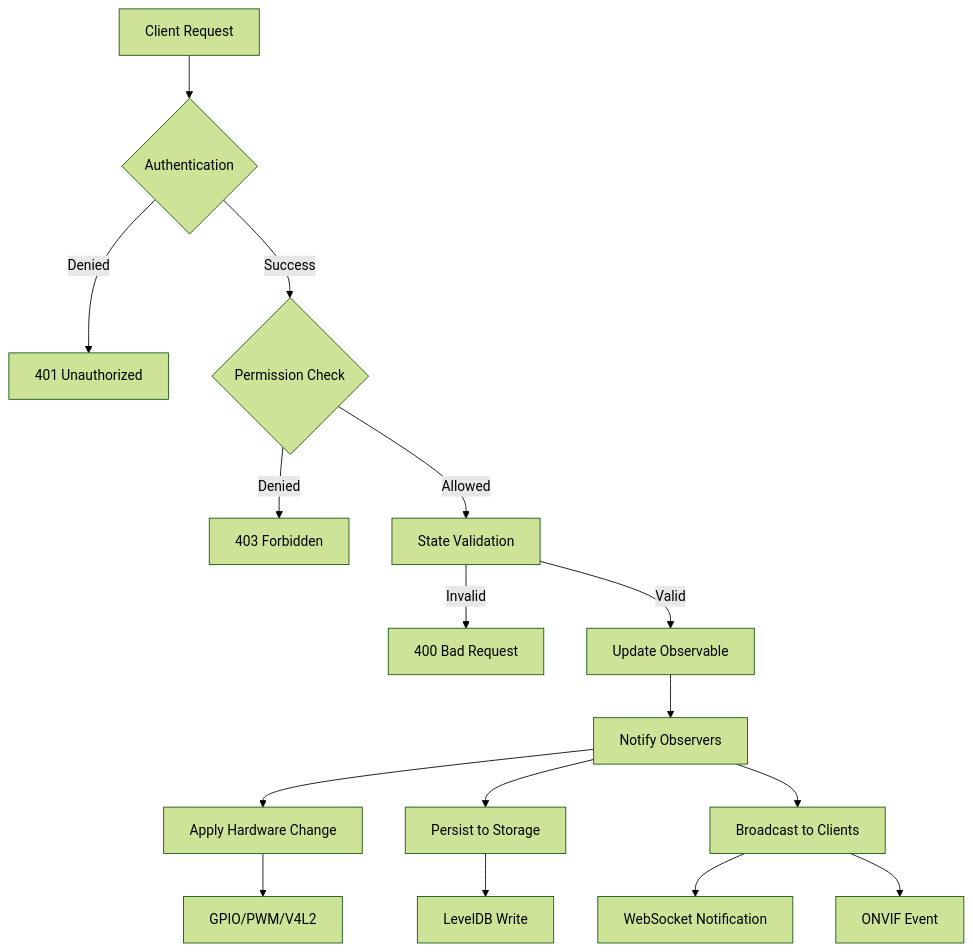
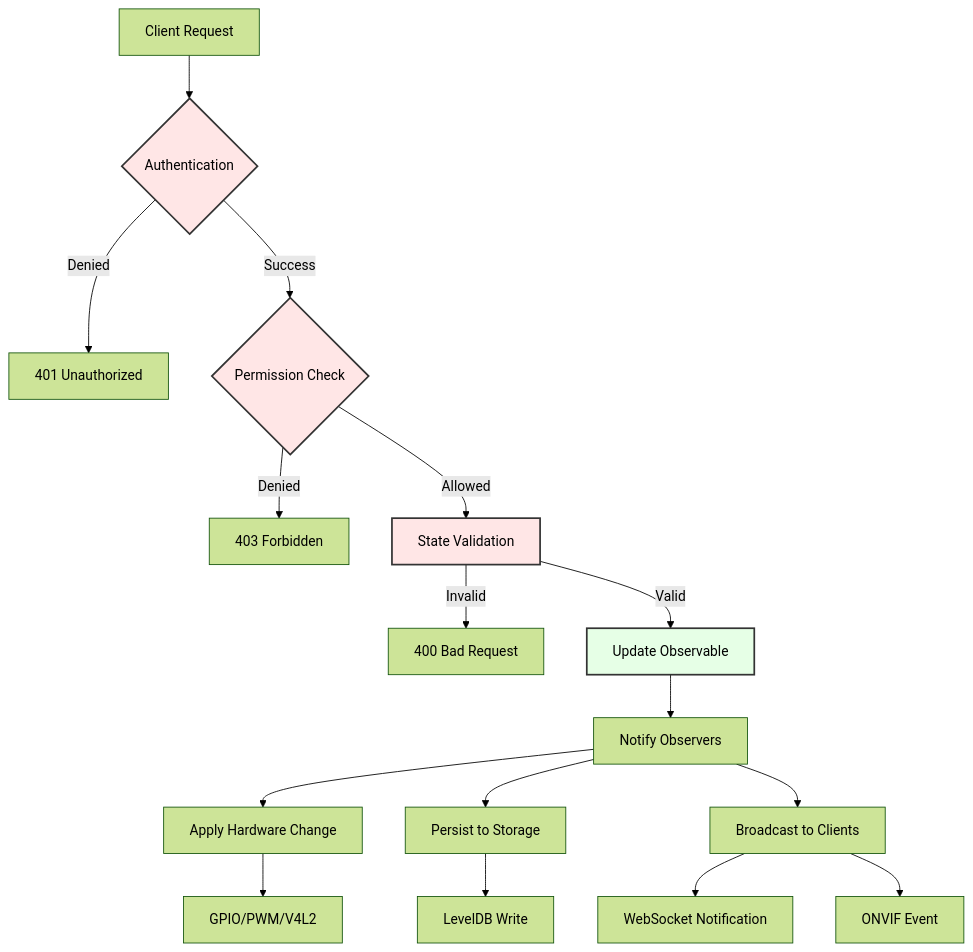
The sixth of 9 diagrams in docs/architecture/overview.md (JayeshKakkad-Rotoclear/Rotoclear-C-Pro-Docs), drawn with Mermaid (forest theme) before and after one commit. The commit also changed other lines of this file and 14 other files, not shown here.

Commit message:
Improve Mermaid diagram formatting for better presentation - Added better spacing, styling, and layout - Enhanced readability with color coding and proper node alignment - Improved subgraph organization - Better decision tree layouts

````diff
--- a/docs/architecture/overview.md
+++ b/docs/architecture/overview.md
@@ -457,18 +493,26 @@
 ```mermaid
 graph TB
     A[Client Request] --> B{Authentication}
     B -->|Denied| Z[401 Unauthorized]
     B -->|Success| C{Permission Check}
     C -->|Denied| Y[403 Forbidden]
     C -->|Allowed| D[State Validation]
     D -->|Invalid| X[400 Bad Request]
     D -->|Valid| E[Update Observable]
+    
     E --> F[Notify Observers]
+    
     F --> G[Apply Hardware Change]
     F --> H[Persist to Storage]
     F --> I[Broadcast to Clients]
+    
+    G --> L[GPIO/PWM/V4L2]
+    H --> M[LevelDB Write]
     I --> J[WebSocket Notification]
     I --> K[ONVIF Event]
-    G --> L[GPIO/PWM/V4L2]
-    H --> M[LevelDB Write]
+    
+    style B fill:#ffe6e6,stroke:#333,stroke-width:2px
+    style C fill:#ffe6e6,stroke:#333,stroke-width:2px
+    style D fill:#ffe6e6,stroke:#333,stroke-width:2px
+    style E fill:#e6ffe6,stroke:#333,stroke-width:2px
 ```
````
